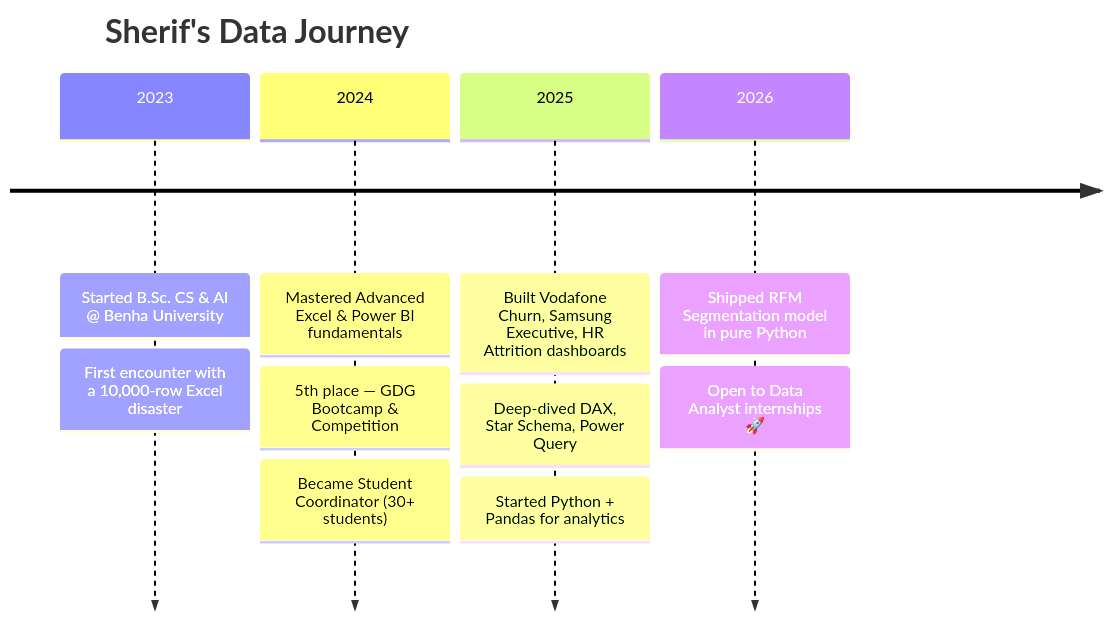
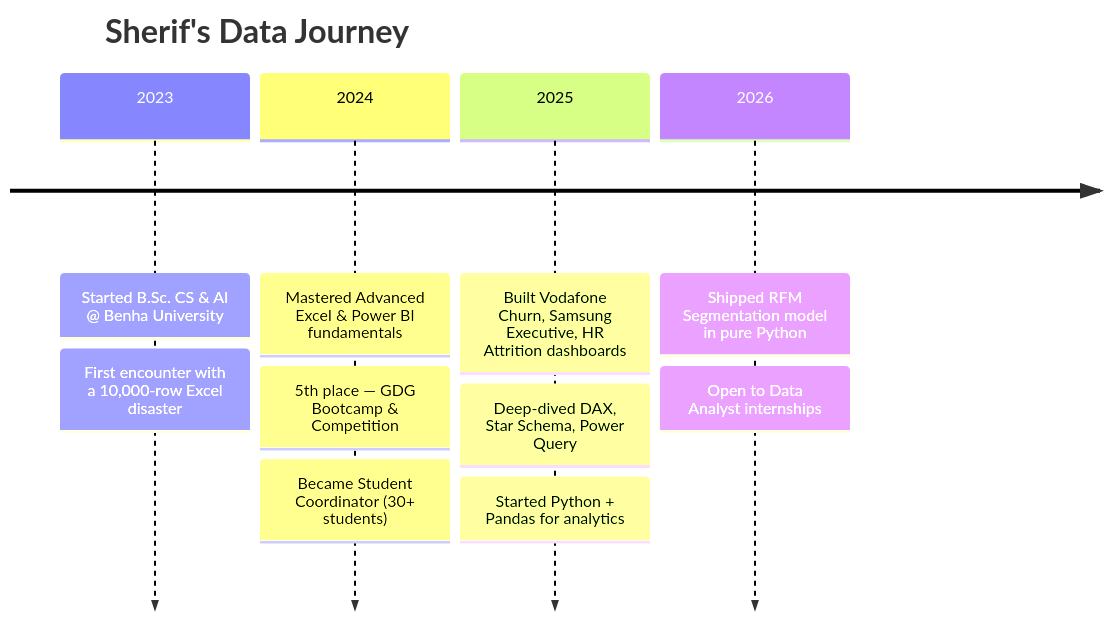
Before and after one commit to SherifAzb/SherifAzb: the diagram in README.md, drawn with Mermaid. The commit also changed other lines of this file, not shown here.

````diff
--- a/README.md
+++ b/README.md
@@ -243,14 +204,14 @@
 ```mermaid
 timeline
     title Sherif's Data Journey
     2023 : Started B.Sc. CS & AI @ Benha University
          : First encounter with a 10,000-row Excel disaster
     2024 : Mastered Advanced Excel & Power BI fundamentals
          : 5th place — GDG Bootcamp & Competition
          : Became Student Coordinator (30+ students)
     2025 : Built Vodafone Churn, Samsung Executive, HR Attrition dashboards
          : Deep-dived DAX, Star Schema, Power Query
          : Started Python + Pandas for analytics
     2026 : Shipped RFM Segmentation model in pure Python
-         : Open to Data Analyst internships 🚀
+         : Open to Data Analyst internships
 ```
````
